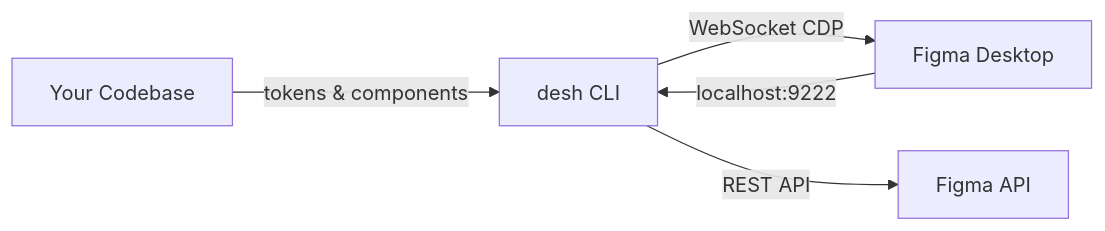
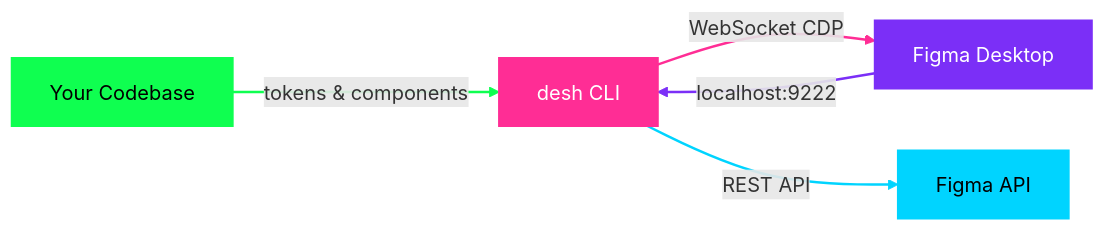
Before and after one commit to scanadi/scanadi-desh-cli: the first of 2 diagrams in README.md, drawn with Mermaid. The commit also changed other lines of this file, not shown here.

Commit message:
docs: cyberpunk neon colors on mermaid diagrams

````diff
--- a/README.md
+++ b/README.md
@@ -96,7 +96,17 @@
 ```mermaid
 graph LR
-    A[desh CLI] -->|WebSocket CDP| B[Figma Desktop]
-    A -->|REST API| C[Figma API]
-    D[Your Codebase] -->|tokens & components| A
+    A[desh CLI]:::neonPink -->|WebSocket CDP| B[Figma Desktop]:::neonPurple
+    A -->|REST API| C[Figma API]:::neonBlue
+    D[Your Codebase]:::neonGreen -->|tokens & components| A
     B -->|localhost:9222| A
+
+    classDef neonPink fill:#ff2d95,stroke:#ff2d95,color:#fff,stroke-width:2px
+    classDef neonPurple fill:#7b2ff7,stroke:#7b2ff7,color:#fff,stroke-width:2px
+    classDef neonBlue fill:#00d4ff,stroke:#00d4ff,color:#000,stroke-width:2px
+    classDef neonGreen fill:#0fff50,stroke:#0fff50,color:#000,stroke-width:2px
+
+    linkStyle 0 stroke:#ff2d95,stroke-width:2px
+    linkStyle 1 stroke:#00d4ff,stroke-width:2px
+    linkStyle 2 stroke:#0fff50,stroke-width:2px
+    linkStyle 3 stroke:#7b2ff7,stroke-width:2px
 ```
````
